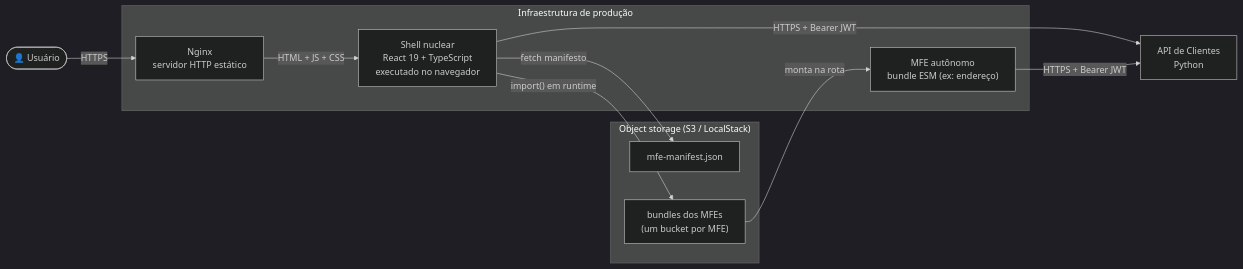
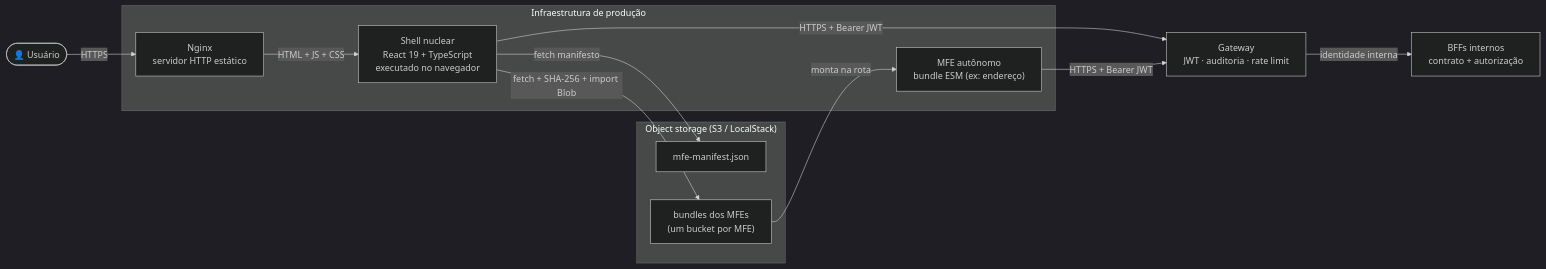
Before and after one commit to arkhibr/frontend-react: the second of 2 diagrams in docs/architecture/README.md, drawn with Mermaid. The commit also changed other lines of this file and 84 other files, not shown here.

````diff
--- a/docs/architecture/README.md
+++ b/docs/architecture/README.md
@@ -22,26 +24,28 @@
 ```mermaid
 %%{init: {'theme': 'dark'}}%%
 graph LR
     user(["👤 Usuário"])
 
     subgraph infra["Infraestrutura de produção"]
         nginx["Nginx\nservidor HTTP estático"]
         shell["Shell nuclear\nReact 19 + TypeScript\nexecutado no navegador"]
         mfe["MFE autônomo\nbundle ESM (ex: endereço)"]
     end
 
     subgraph storage["Object storage (S3 / LocalStack)"]
         manifest["mfe-manifest.json"]
         bundle["bundles dos MFEs\n(um bucket por MFE)"]
     end
 
-    api["API de Clientes\nPython"]
+    gateway["Gateway\nJWT · auditoria · rate limit"]
+    bff["BFFs internos\ncontrato + autorização"]
 
     user -->|"HTTPS"| nginx
     nginx -->|"HTML + JS + CSS"| shell
     shell -->|"fetch manifesto"| manifest
-    shell -->|"import() em runtime"| bundle
+    shell -->|"fetch + SHA-256 + import Blob"| bundle
     bundle -->|"monta na rota"| mfe
-    shell -->|"HTTPS + Bearer JWT"| api
-    mfe -->|"HTTPS + Bearer JWT"| api
+    shell -->|"HTTPS + Bearer JWT"| gateway
+    mfe -->|"HTTPS + Bearer JWT"| gateway
+    gateway -->|"identidade interna"| bff
 ```
````
